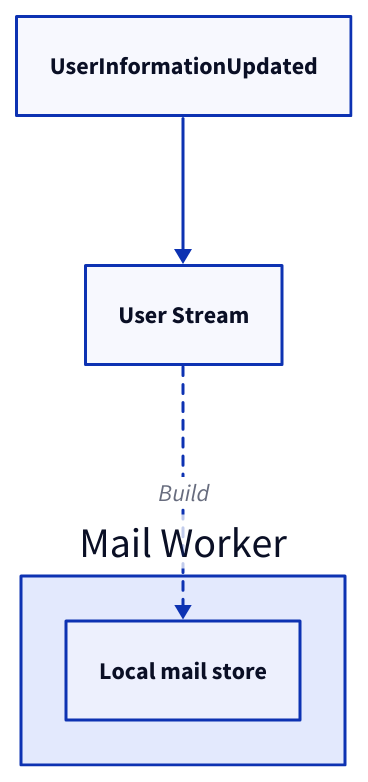
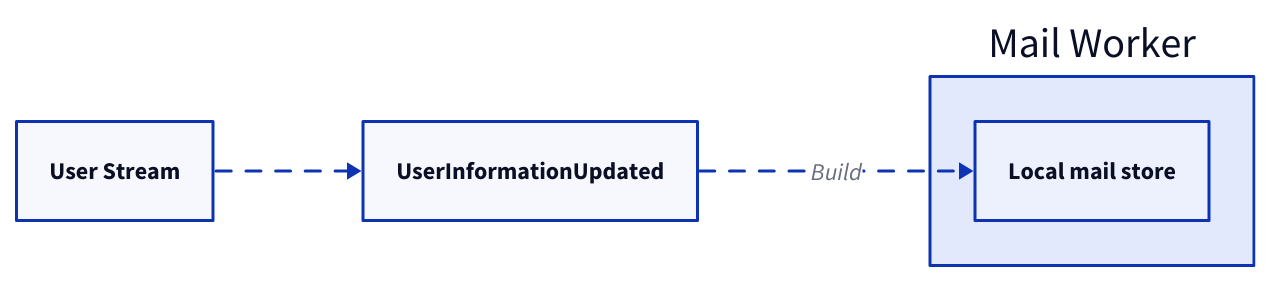
The eighth of 11 diagrams in content/docs/design-patterns/distributed-job-patterns.md (link1905/system-design-101), drawn with D2 before and after one commit. The commit also changed other lines of this file and 11 other files, not shown here.

````diff
--- a/content/docs/design-patterns/distributed-job-patterns.md
+++ b/content/docs/design-patterns/distributed-job-patterns.md
@@ -264,17 +242,20 @@
 ```d2
+direction: right
+e: User Stream {
+    class: mq
+}
 u: UserInformationUpdated {
     class: msg
-}
-e: User Stream {
-    class: mq
 }
 m: Mail Worker {
     m: Local mail store {
         class: db
     }
 }
-u -> e
-e -> m.m: Build {
-    style.stroke-dash: 3
+e -> u {
+    style.animated: true
+}
+u -> m.m: Build {
+    style.animated: true
 }
 ```
````
